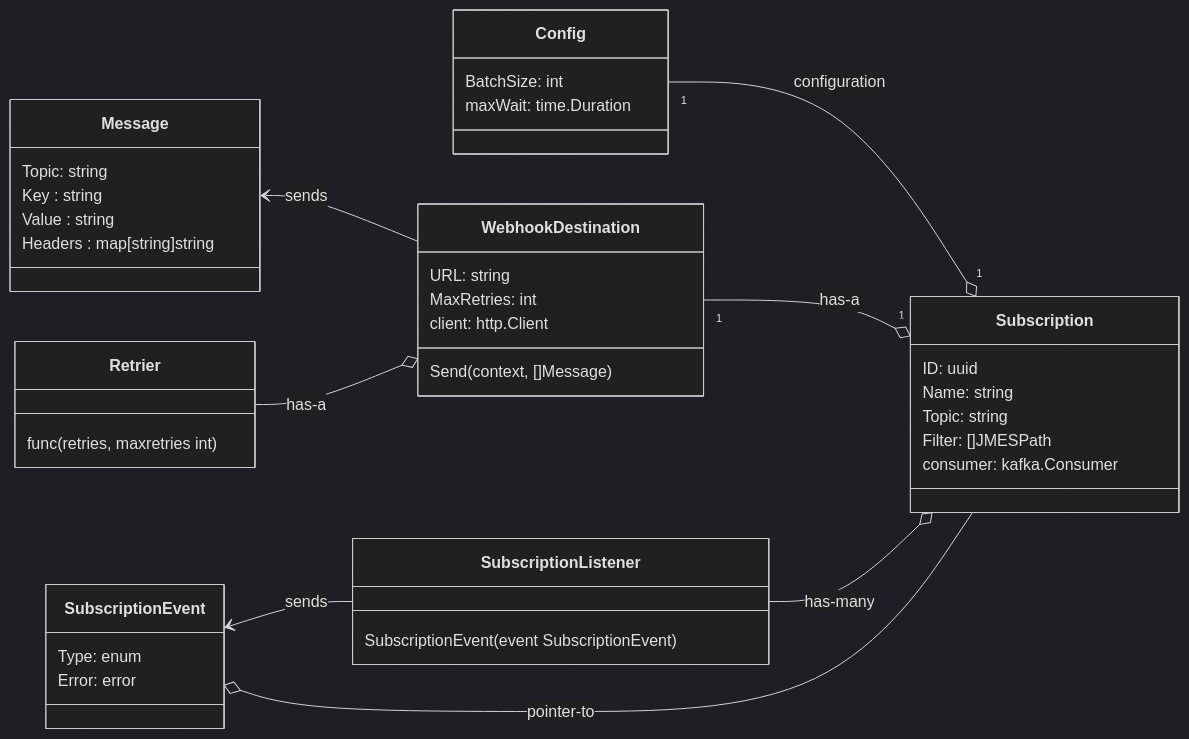
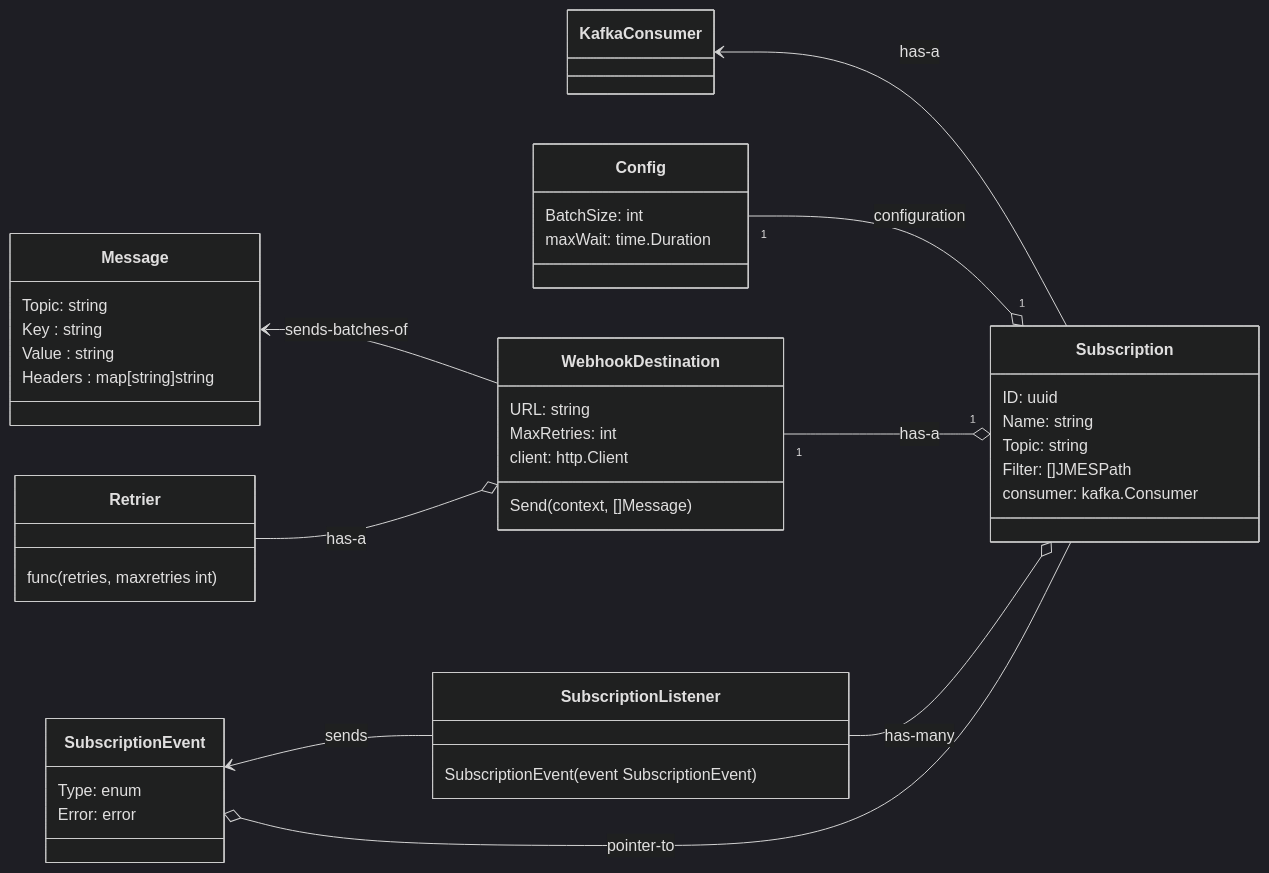
Before and after one commit to davidoram/webhookd: the diagram in README.md, drawn with Mermaid (dark theme).

````diff
--- a/README.md
+++ b/README.md
@@ -171,46 +171,51 @@
 ```mermaid
     classDiagram
         direction RL
         class Subscription {
             ID: uuid
             Name: string
             Topic: string
             Filter: []JMESPath
             consumer: kafka.Consumer
         }
+        class KafkaConsumer{
+            
+        }
+        
         class Config{
             BatchSize: int
             maxWait: time.Duration
         }
         
         class WebhookDestination{
             URL: string
             MaxRetries: int
             client: http.Client
             Send(context, []Message)
         }
         class Retrier {
             func(retries, maxretries int)
         }
         class Message{
             Topic: string
             Key : string
             Value : string
             Headers : map[string]string
         }
         class SubscriptionListener {
             SubscriptionEvent(event SubscriptionEvent)
         }
         class SubscriptionEvent {
             Type: enum
             Error: error
         }
         Subscription "1" o-- "1" Config : configuration
         Subscription "1" o-- "1" WebhookDestination : has-a
-        WebhookDestination --> Message : sends
+        WebhookDestination --> Message : sends-batches-of
         WebhookDestination o--  Retrier   : has-a
         Subscription  o-- SubscriptionListener : has-many
+        Subscription  --> KafkaConsumer : has-a
         SubscriptionEvent o-- Subscription: pointer-to
         SubscriptionListener --> SubscriptionEvent : sends
 
 ```
````
